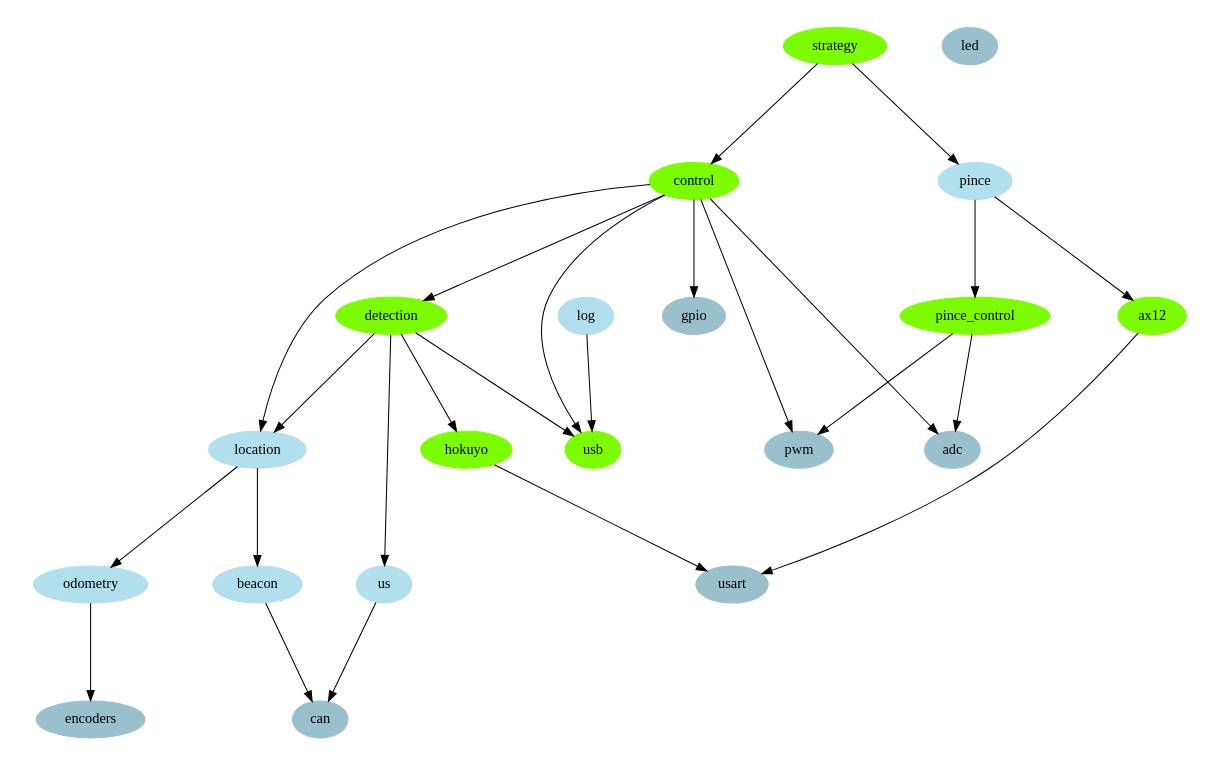
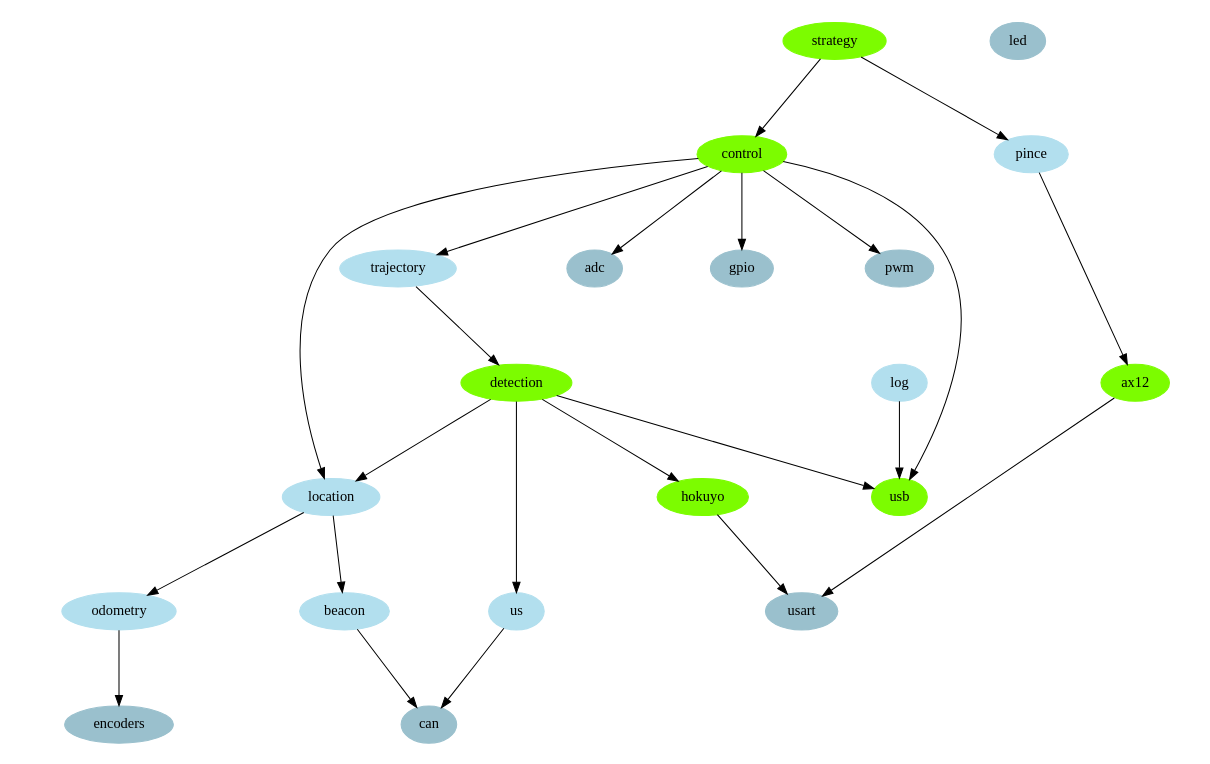
The diagram in doc/graph/architecture.dot (jbtredez/Atlantronic), drawn with Graphviz before and after one commit.

Commit message:
doc - mise a jour / gestion de trajectoire

```diff
--- a/doc/graph/architecture.dot
+++ b/doc/graph/architecture.dot
@@ -1,65 +1,63 @@
 digraph robot
 {
 	ratio=fill;
 	size="16,10";
 	center=true;
 
 	// modules - taches
 	node [color=lawngreen, style=filled ]
 	strategy
 	control
 	ax12
 	detection
-	pince_control
 	usb
 	hokuyo
 
 	// modules - fonctions
 	node [color=lightblue2, style=filled ]
 	location
 	odometry
+	trajectory
 	beacon
 	pince
 	us
 	log
 
 	// io
 	node [color=lightblue3, style=filled ]
 	{
 //		rank=same;
 		adc
 		gpio
 		pwm
 		encoders
 		can
 		usart
 		led
 	}
 
 	// liens
 	strategy -> control
 	strategy -> pince
 	control -> adc
 	control -> gpio
 	control -> location
-	control -> detection
+	control -> trajectory
 	control -> usb
+	trajectory -> detection
 	location -> odometry
 	location -> beacon
 	pince -> ax12
-	pince -> pince_control
-	pince_control -> pwm
-	pince_control -> adc
 	detection -> hokuyo
 	detection -> us
 	detection -> location
 	detection -> usb
 	log -> usb
 
 	hokuyo -> usart
 	ax12 -> usart
 	us -> can
 	beacon -> can
 	odometry -> encoders
 	control -> pwm
 }
```
